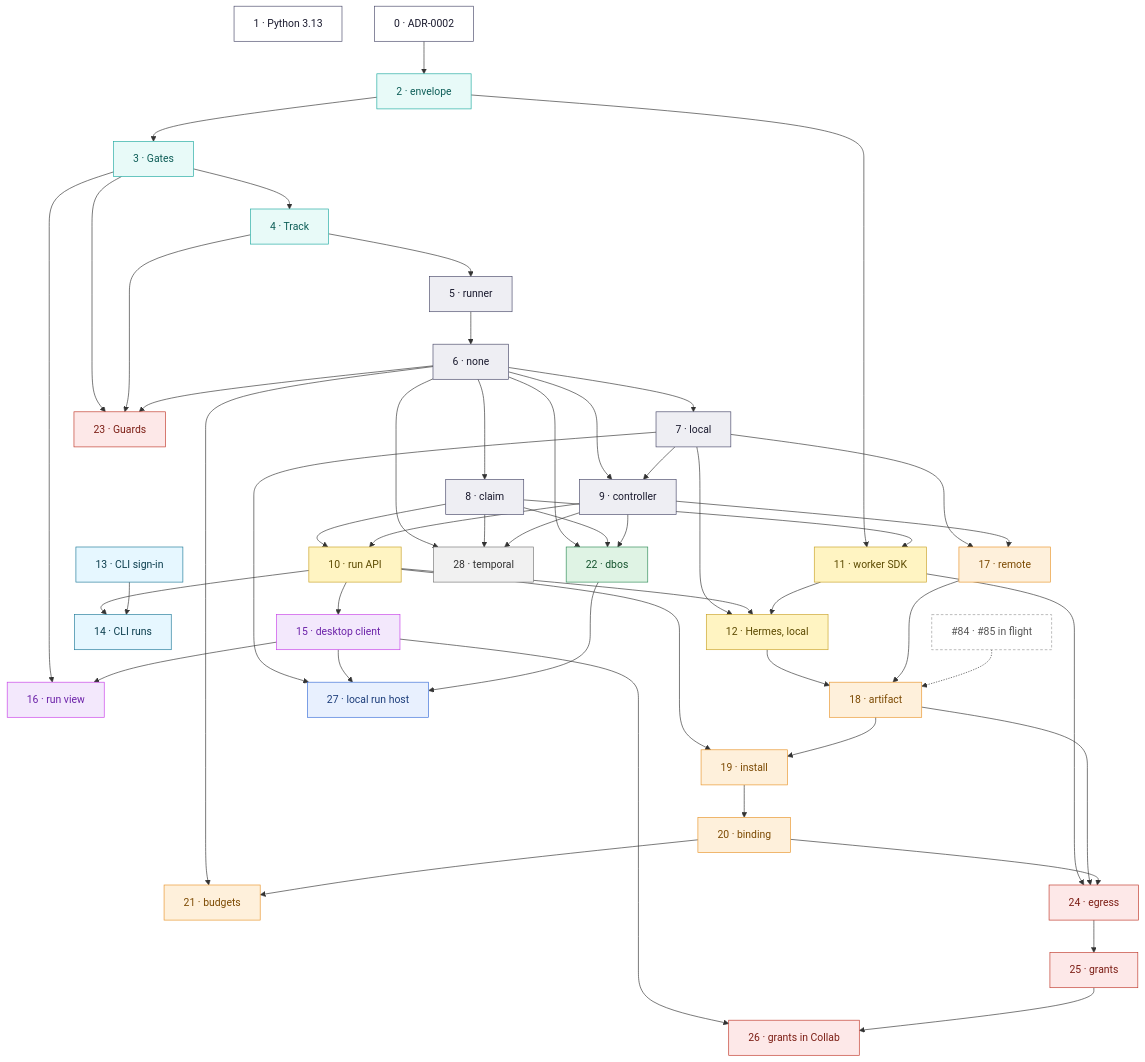
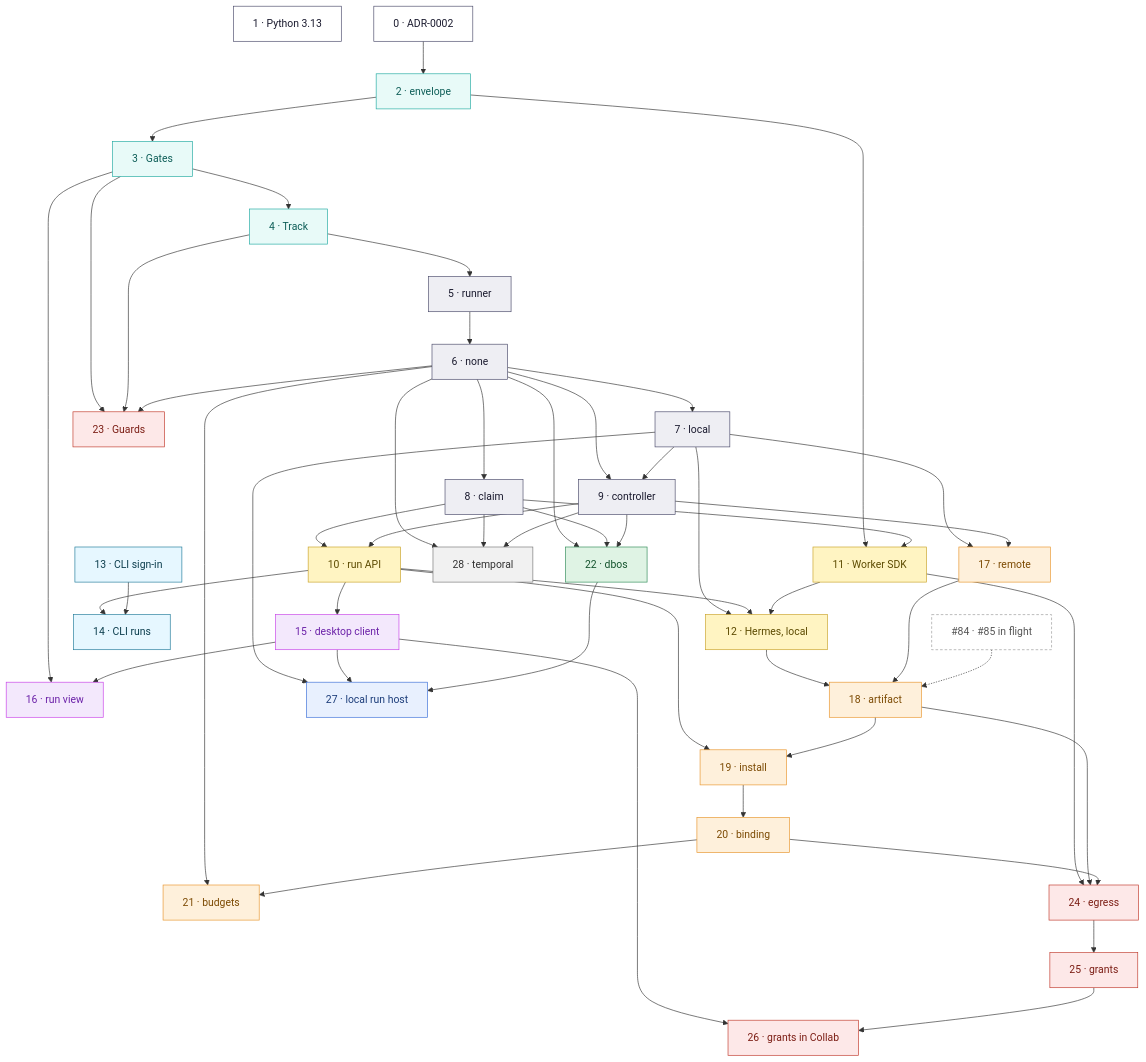
Before and after one commit to nebari-dev/collab-hub-pack: the second of 4 diagrams in COG_EXECUTION.md, drawn with Mermaid. The commit also changed other lines of this file, not shown here.

First line of the commit message:
docs: name every box in the architecture diagram, and show two launches end to end

````diff
--- a/COG_EXECUTION.md
+++ b/COG_EXECUTION.md
@@ -893,50 +920,50 @@
 ```mermaid
 flowchart TD
   ph1["1 · Python 3.13"]
   ph0["0 · ADR-0002"] --> ph2["2 · envelope"] --> ph3["3 · Gates"] --> ph4["4 · Track"] --> ph5["5 · runner"] --> ph6["6 · none"]
   ph6 --> ph7["7 · local"] & ph8["8 · claim"]
   ph6 & ph7 --> ph9["9 · controller"]
   ph8 & ph9 --> ph10["10 · run API"]
   ph13["13 · CLI sign-in"]
-  ph2 & ph8 --> ph11["11 · worker SDK"]
+  ph2 & ph8 --> ph11["11 · Worker SDK"]
   ph7 & ph10 & ph11 --> ph12["12 · Hermes, local"]
   ph10 & ph13 --> ph14["14 · CLI runs"]
   ph10 --> ph15["15 · desktop client"]
   ph3 & ph15 --> ph16["16 · run view"]
   ph7 & ph9 --> ph17["17 · remote"]
   ph12 & ph17 --> ph18["18 · artifact"]
   reg["#84 · #85 in flight"] -.-> ph18
   ph10 & ph18 --> ph19["19 · install"] --> ph20["20 · binding"]
   ph6 & ph20 --> ph21["21 · budgets"]
   ph6 & ph8 & ph9 --> ph22["22 · dbos"]
   ph3 & ph4 & ph6 --> ph23["23 · Guards"]
   ph11 & ph18 & ph20 --> ph24["24 · egress"] --> ph25["25 · grants"]
   ph15 & ph25 --> ph26["26 · grants in Collab"]
   ph7 & ph15 & ph22 --> ph27["27 · local run host"]
   ph6 & ph8 & ph9 --> ph28["28 · temporal"]
 
   classDef m0 fill:#ffffff,stroke:#4a4a6a,color:#1a1a2e
   classDef m1 fill:#e8faf8,stroke:#20aaa1,color:#0d5d57
   classDef m2 fill:#eeeef3,stroke:#4a4a6a,color:#1a1a2e
   classDef m3 fill:#fff4c2,stroke:#c9a227,color:#5c4a00
   classDef m4 fill:#e6f7ff,stroke:#1f7a99,color:#0b3d4d
   classDef m5 fill:#f3e8fc,stroke:#c840e9,color:#6b21a8
   classDef m6 fill:#fef0db,stroke:#e8952c,color:#7c4a03
   classDef m7 fill:#dff3e4,stroke:#2e8b57,color:#14532d
   classDef m8 fill:#fde8e8,stroke:#c0392b,color:#7b1d14
   classDef m9 fill:#e8f0fe,stroke:#3b6fd8,color:#1c3d7a
   classDef m10 fill:#f1f1f1,stroke:#777,color:#333
   classDef ext fill:#ffffff,stroke:#999,color:#555,stroke-dasharray: 4 3
   class ph0,ph1 m0
   class ph2,ph3,ph4 m1
   class ph5,ph6,ph7,ph8,ph9 m2
   class ph10,ph11,ph12 m3
   class ph13,ph14 m4
   class ph15,ph16 m5
   class ph17,ph18,ph19,ph20,ph21 m6
   class ph22 m7
   class ph23,ph24,ph25,ph26 m8
   class ph27 m9
   class ph28 m10
   class reg ext
 ```
````
